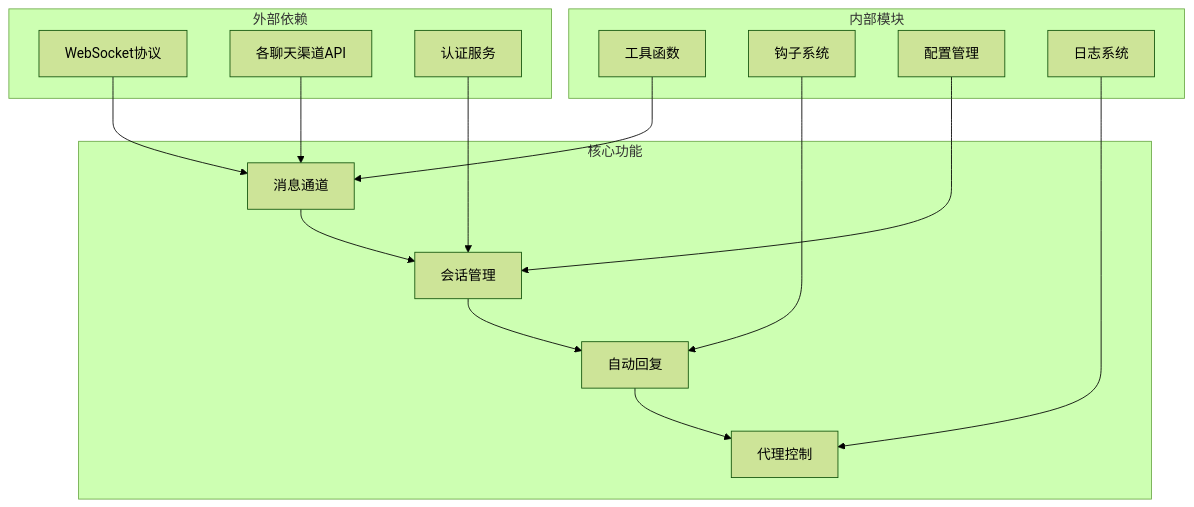
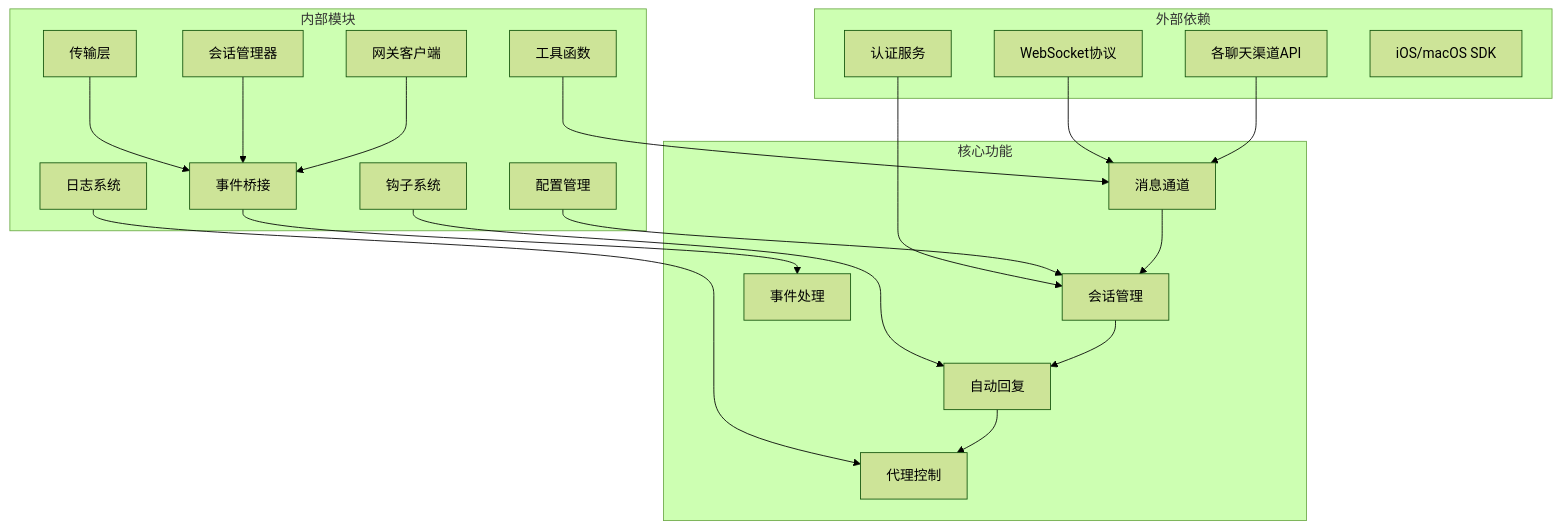
One commit to verse-ai-org/openclaw changed diagram 15 of 16 in .qoder/repowiki/zh/content/Chat Module Deep Dive.md. Above: the diagram before and after it, drawn with Mermaid (forest theme). The commit also changed other lines of this file and 20 other files, not shown here.

````diff
--- a/.qoder/repowiki/zh/content/Chat Module Deep Dive.md
+++ b/.qoder/repowiki/zh/content/Chat Module Deep Dive.md
@@ -383,30 +578,40 @@
 ```mermaid
 graph TB
 subgraph "外部依赖"
 WebSocket[WebSocket协议]
 ChannelAPIs[各聊天渠道API]
 Authentication[认证服务]
+PlatformSDKs[iOS/macOS SDK]
 end
 subgraph "内部模块"
 Utils[工具函数]
 Hooks[钩子系统]
 Config[配置管理]
 Logging[日志系统]
+EventBridge[事件桥接]
+SessionManager[会话管理器]
+GatewayClient[网关客户端]
+Transport[传输层]
 end
 subgraph "核心功能"
 MessageChannel[消息通道]
 SessionManagement[会话管理]
 AutoReply[自动回复]
 AgentControl[代理控制]
+EventHandling[事件处理]
 end
 WebSocket --> MessageChannel
 ChannelAPIs --> MessageChannel
 Authentication --> SessionManagement
 Utils --> MessageChannel
 Hooks --> AutoReply
 Config --> SessionManagement
 Logging --> AgentControl
+EventBridge --> EventHandling
+Transport --> EventBridge
 MessageChannel --> SessionManagement
 SessionManagement --> AutoReply
 AutoReply --> AgentControl
+SessionManager --> EventBridge
+GatewayClient --> EventBridge
 ```
````
